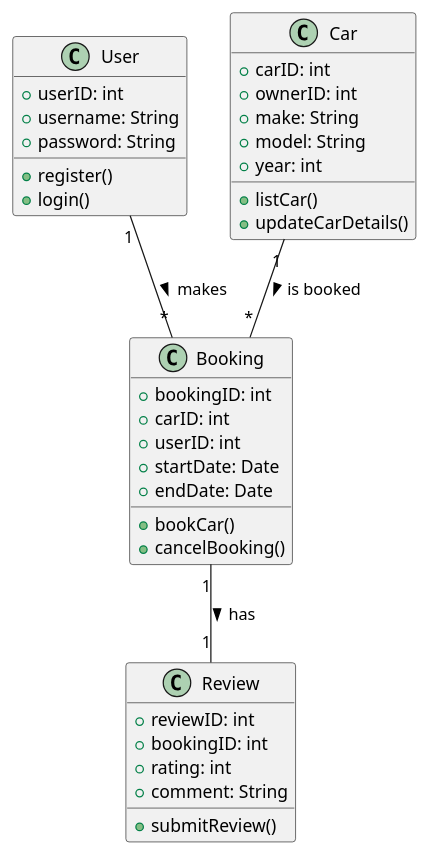
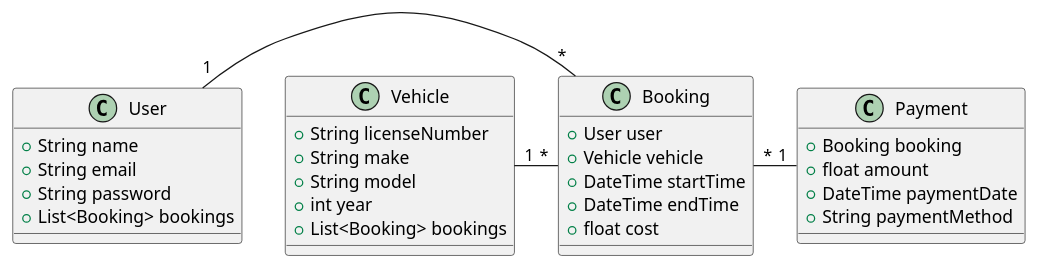
Before and after one commit to trungnv184/agents: the diagram in 2_openai/me/diagrams/2._class_diagram_for_main_entities.puml, drawn with PlantUML. The commit also changed other lines of this file and 6 other files, not shown here.

```diff
--- a/2_openai/me/diagrams/2._class_diagram_for_main_entities.puml
+++ b/2_openai/me/diagrams/2._class_diagram_for_main_entities.puml
@@ -3,43 +3,36 @@
-@startuml CarSharingApp_ClassDiagram
-
+@startuml
 class User {
-  +userID: int
-  +username: String
-  +password: String
-  +register()
-  +login()
+  +String name
+  +String email
+  +String password
+  +List<Booking> bookings
 }
 
-class Car {
-  +carID: int
-  +ownerID: int
-  +make: String
-  +model: String
-  +year: int
-  +listCar()
-  +updateCarDetails()
+class Vehicle {
+  +String licenseNumber
+  +String make
+  +String model
+  +int year
+  +List<Booking> bookings
 }
 
 class Booking {
-  +bookingID: int
-  +carID: int
-  +userID: int
-  +startDate: Date
-  +endDate: Date
-  +bookCar()
-  +cancelBooking()
+  +User user
+  +Vehicle vehicle
+  +DateTime startTime
+  +DateTime endTime
+  +float cost
 }
 
-class Review {
-  +reviewID: int
-  +bookingID: int
-  +rating: int
-  +comment: String
-  +submitReview()
+class Payment {
+  +Booking booking
+  +float amount
+  +DateTime paymentDate
+  +String paymentMethod
 }
 
-User "1" -- "*" Booking : makes >
-Car "1" -- "*" Booking : is booked >
-Booking "1" -- "1" Review : has >
+User "1" - "*" Booking
+Vehicle "1" - "*" Booking
+Booking "*" - "1" Payment
 
 @enduml
```
